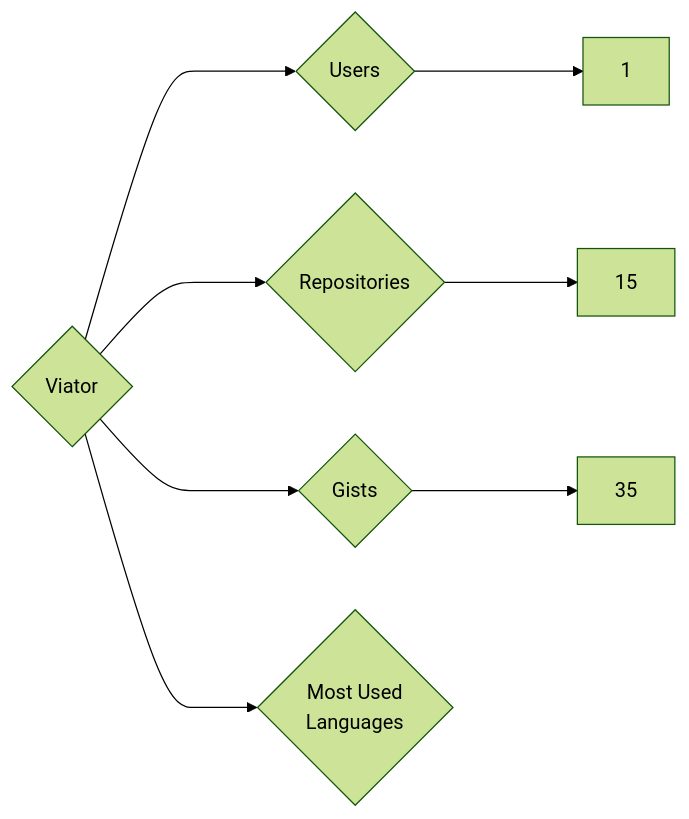
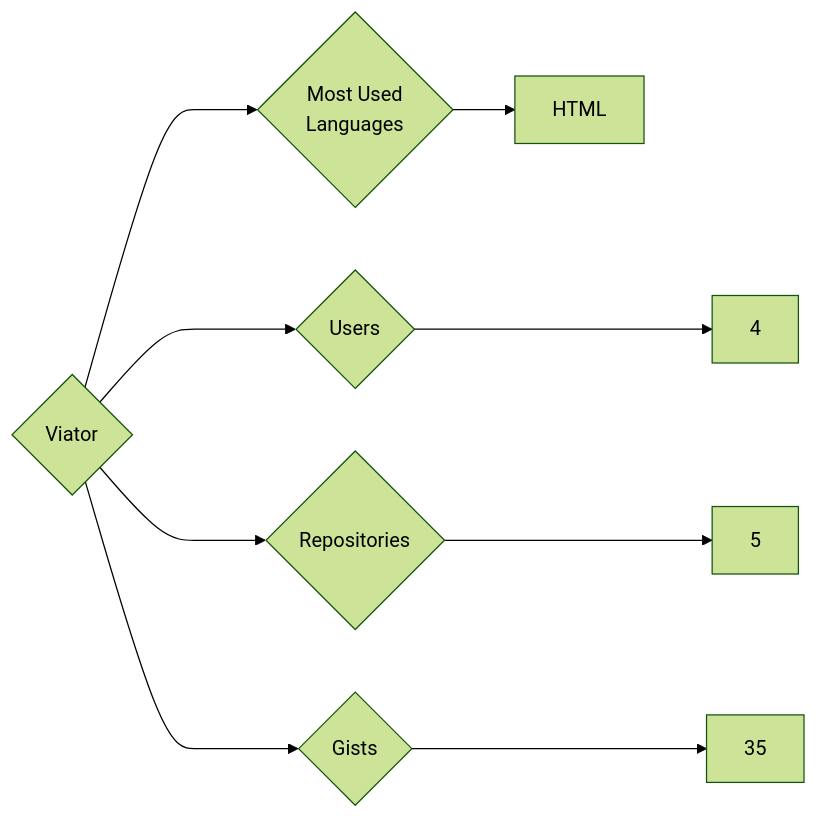
One commit to trickest/insiders changed the diagram in targets/Viator/README.md. Above: the diagram before and after it, drawn with Mermaid (forest theme). The commit also changed 695 other files, not shown here.

````diff
--- a/targets/Viator/README.md
+++ b/targets/Viator/README.md
@@ -3,8 +3,9 @@
 ```mermaid
 graph LR
 COMPANY_NAME{Viator}
-COMPANY_NAME ---> U{Users} ---> UN[1]
-COMPANY_NAME ---> R{Repositories} ---> RN[15]
+COMPANY_NAME ---> U{Users} ---> UN[4]
+COMPANY_NAME ---> R{Repositories} ---> RN[5]
 COMPANY_NAME ---> G{Gists} ---> GN[35]
 COMPANY_NAME ---> ML{Most Used<br>Languages}
+ML --> HTML[HTML]
 ```
````
